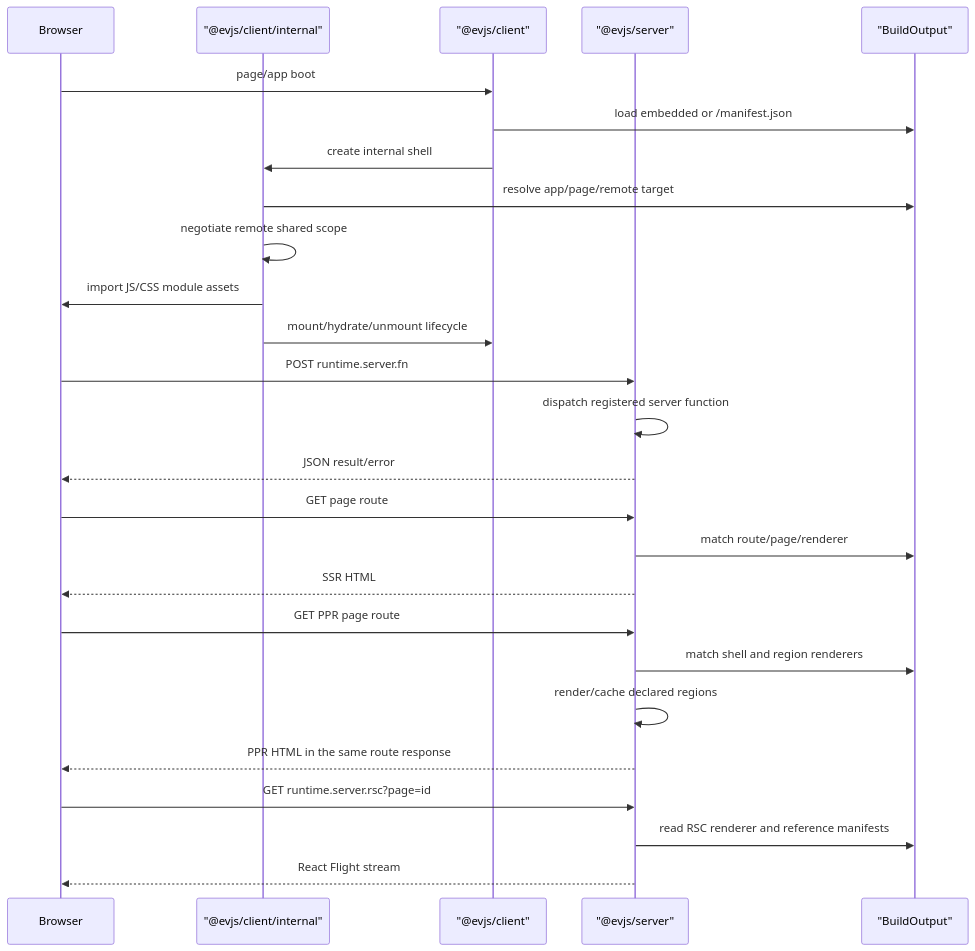
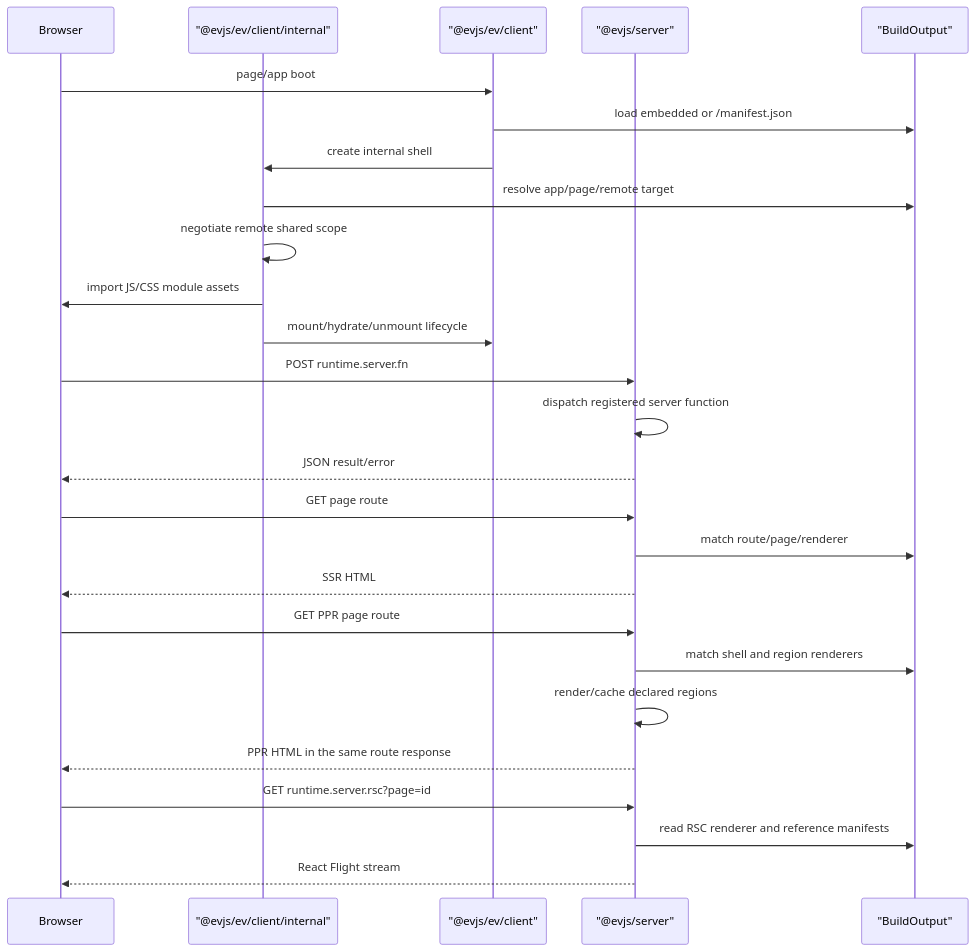
One commit to afx-team/evjs changed the second of 3 diagrams in docs/docs/architecture.md. Above: the diagram before and after it, drawn with Mermaid. The commit also changed other lines of this file and 251 other files, not shown here.

Commit message:
feat: harden evjs framework runtime conventions

````diff
--- a/docs/docs/architecture.md
+++ b/docs/docs/architecture.md
@@ -105,33 +156,33 @@
 ```mermaid
 sequenceDiagram
   participant Browser
-  participant Shell as "@evjs/client/internal"
-  participant Runtime as "@evjs/client"
+  participant Shell as "@evjs/ev/client/internal"
+  participant Runtime as "@evjs/ev/client"
   participant Server as "@evjs/server"
   participant Manifest as "BuildOutput"
 
   Browser->>Runtime: page/app boot
   Runtime->>Manifest: load embedded or /manifest.json
   Runtime->>Shell: create internal shell
   Shell->>Manifest: resolve app/page/remote target
   Shell->>Shell: negotiate remote shared scope
   Shell->>Browser: import JS/CSS module assets
   Shell->>Runtime: mount/hydrate/unmount lifecycle
 
   Browser->>Server: POST runtime.server.fn
   Server->>Server: dispatch registered server function
   Server-->>Browser: JSON result/error
 
   Browser->>Server: GET page route
   Server->>Manifest: match route/page/renderer
   Server-->>Browser: SSR HTML
 
   Browser->>Server: GET PPR page route
   Server->>Manifest: match shell and region renderers
   Server->>Server: render/cache declared regions
   Server-->>Browser: PPR HTML in the same route response
 
   Browser->>Server: GET runtime.server.rsc?page=id
   Server->>Manifest: read RSC renderer and reference manifests
   Server-->>Browser: React Flight stream
 ```
````
